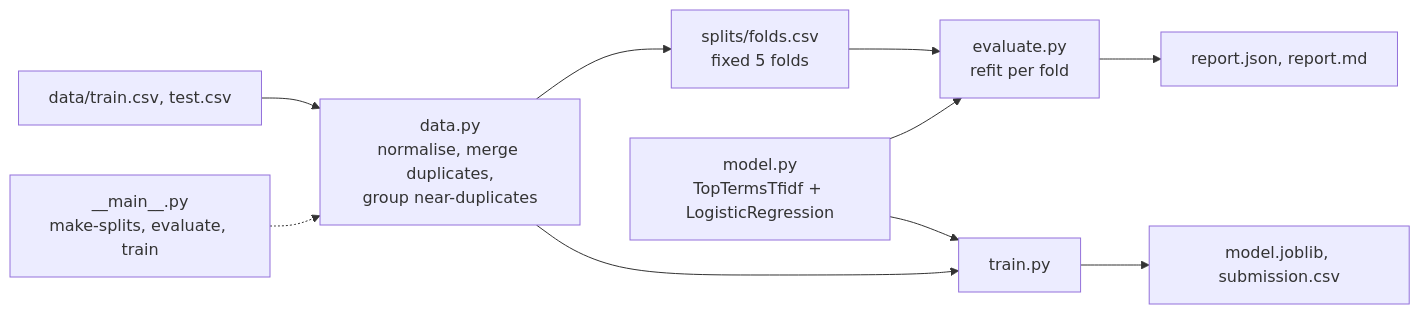
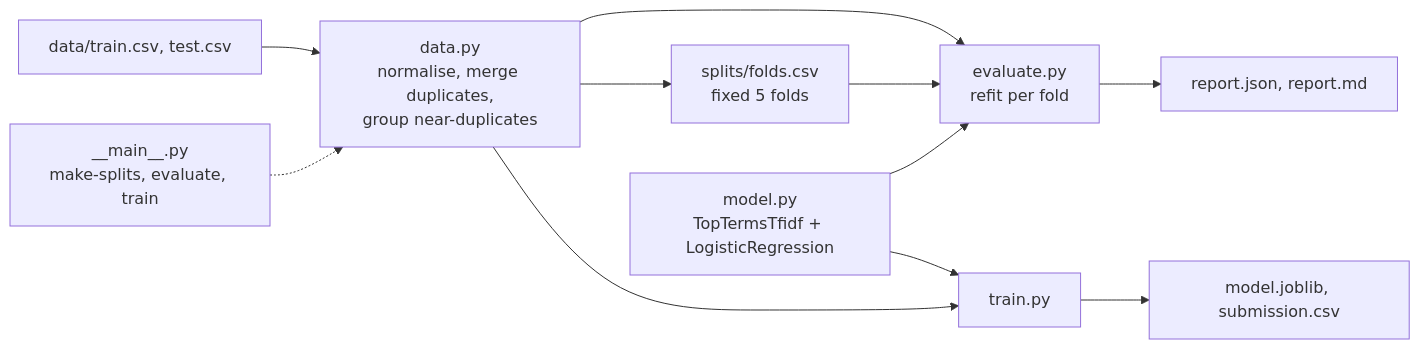
One commit to KoalaLyfestyle/Kaggle changed the diagram in README.md. Above: the diagram before and after it, drawn with Mermaid. The commit also changed other lines of this file and 1 other file, not shown here.

````diff
--- a/README.md
+++ b/README.md
@@ -67,12 +69,13 @@
 ```mermaid
 flowchart LR
     csv["data/train.csv, test.csv"] --> data["data.py<br/>normalise, merge duplicates,<br/>group near-duplicates"]
     data --> folds["splits/folds.csv<br/>fixed 5 folds"]
+    data --> eval
     folds --> eval["evaluate.py<br/>refit per fold"]
     model["model.py<br/>TopTermsTfidf + LogisticRegression"] --> eval
     model --> train["train.py"]
     data --> train
     eval --> report["report.json, report.md"]
     train --> sub["model.joblib, submission.csv"]
     cli["__main__.py<br/>make-splits, evaluate, train"] -.-> data
 ```
````
